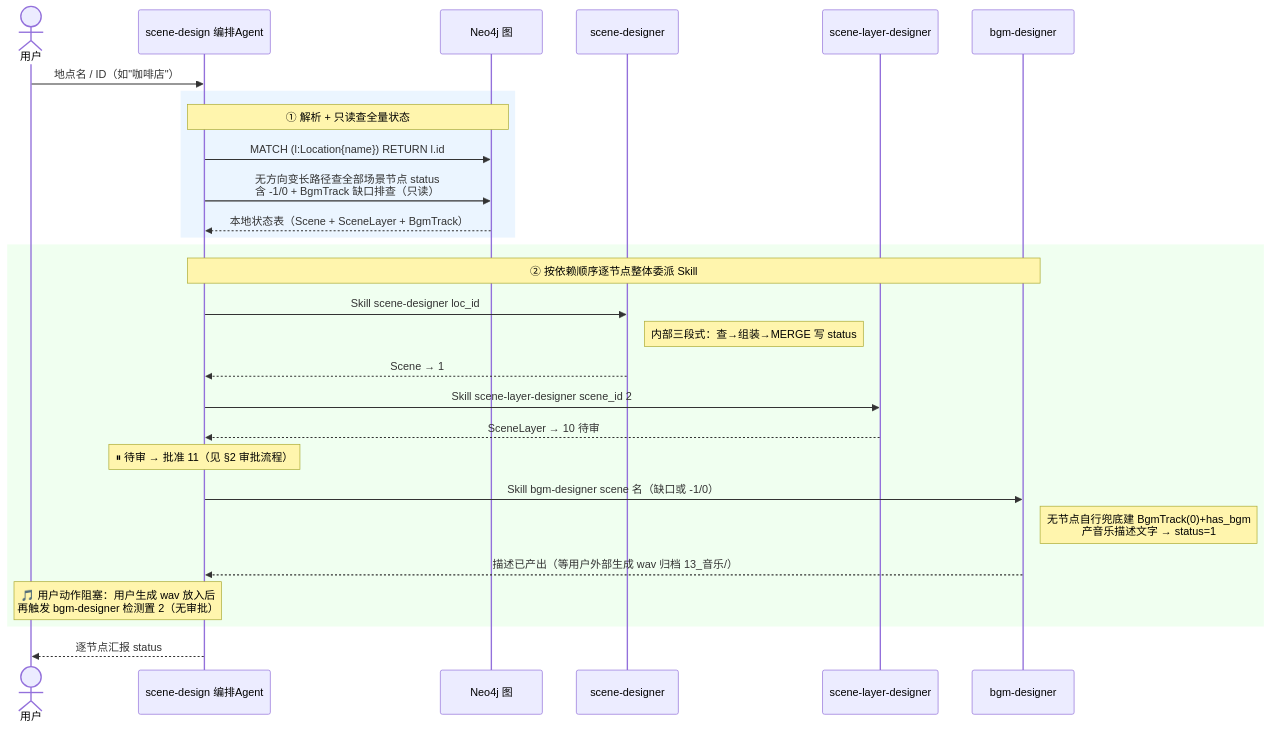
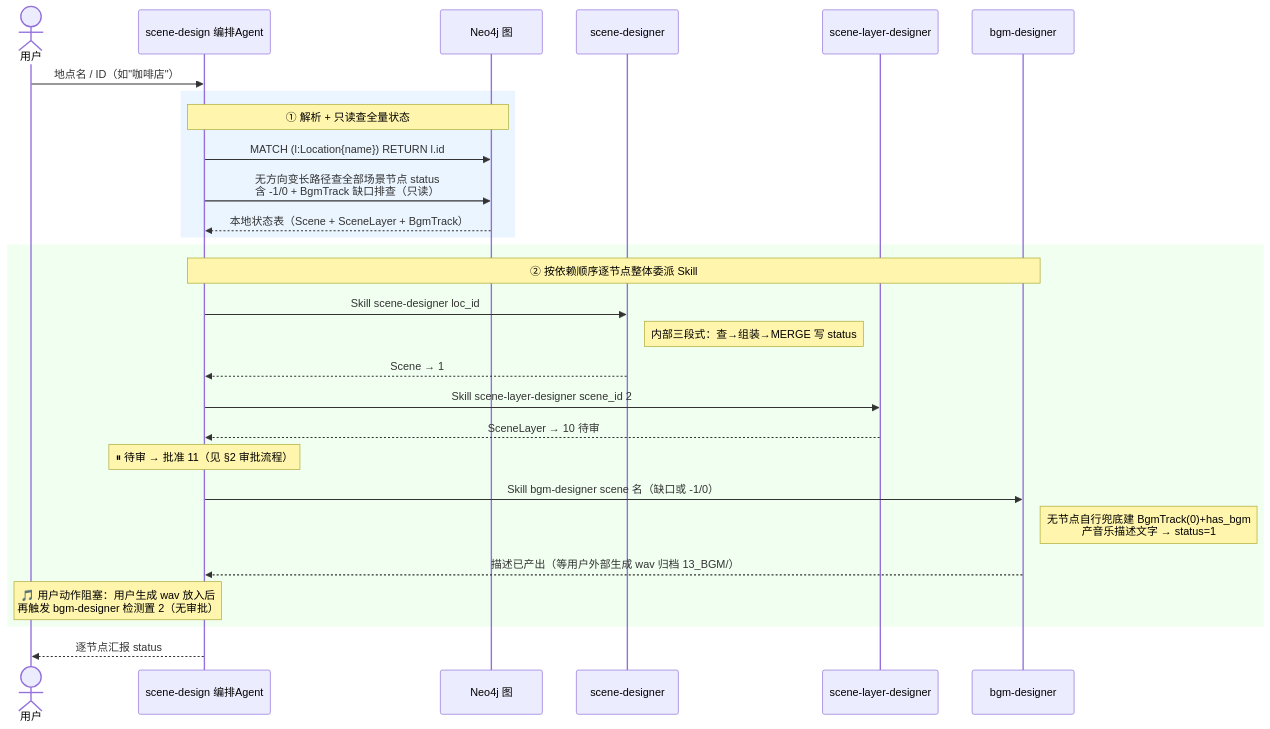
One commit to CrazyJinn/OtheredGlass changed the third of 4 diagrams in README.md. Above: the diagram before and after it, drawn with Mermaid. The commit also changed other lines of this file and 97 other files, not shown here.

````diff
--- a/README.md
+++ b/README.md
@@ -176,36 +176,36 @@
 ```mermaid
 sequenceDiagram
     actor U as 用户
     participant A as scene-design 编排Agent
     participant DB as Neo4j 图
     participant Scene as scene-designer
     participant Layer as scene-layer-designer
     participant BGM as bgm-designer
 
     U->>A: 地点名 / ID（如"咖啡店"）
 
     rect rgb(235, 245, 255)
     Note over A,DB: ① 解析 + 只读查全量状态
     A->>DB: MATCH (l:Location{name}) RETURN l.id
     A->>DB: 无方向变长路径查全部场景节点 status<br/>含 -1/0 + BgmTrack 缺口排查（只读）
     DB-->>A: 本地状态表（Scene + SceneLayer + BgmTrack）
     end
 
     rect rgb(240, 255, 240)
     Note over A,BGM: ② 按依赖顺序逐节点整体委派 Skill
     A->>Scene: Skill scene-designer loc_id
     Note right of Scene: 内部三段式：查→组装→MERGE 写 status
     Scene-->>A: Scene → 1
 
     A->>Layer: Skill scene-layer-designer scene_id 2
     Layer-->>A: SceneLayer → 10 待审
     Note over A: ⏸ 待审 → 批准 11（见 §2 审批流程）
 
     A->>BGM: Skill bgm-designer scene 名（缺口或 -1/0）
     Note right of BGM: 无节点自行兜底建 BgmTrack(0)+has_bgm<br/>产音乐描述文字 → status=1
-    BGM-->>A: 描述已产出（等用户外部生成 wav 归档 13_音乐/）
+    BGM-->>A: 描述已产出（等用户外部生成 wav 归档 13_BGM/）
     Note over A,U: 🎵 用户动作阻塞：用户生成 wav 放入后<br/>再触发 bgm-designer 检测置 2（无审批）
     end
 
     A-->>U: 逐节点汇报 status
 ```
````
